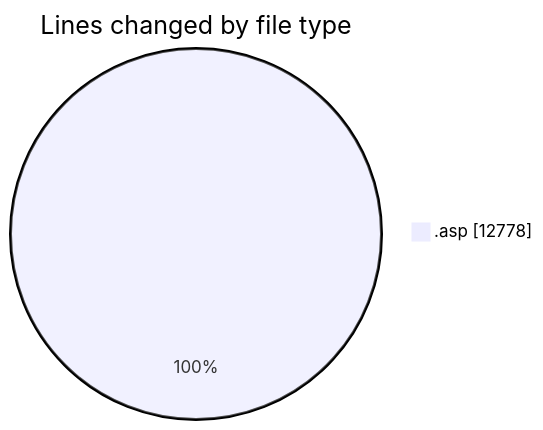
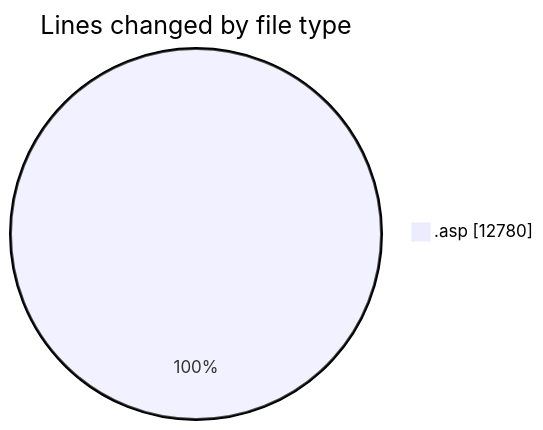
The first of 2 diagrams in 2025-11-27/cdp_aleoudev_fr__workspace_/README.md (julien-gomy/code-tracking), drawn with Mermaid before and after one commit. The commit also changed other lines of this file and 1 other file, not shown here.

````diff
--- a/2025-11-27/cdp_aleoudev_fr__workspace_/README.md
+++ b/2025-11-27/cdp_aleoudev_fr__workspace_/README.md
@@ -28,5 +28,5 @@
 ```mermaid
 pie showData
 title Lines changed by file type
-".asp" : 12778
+".asp" : 12780
 ```
````
